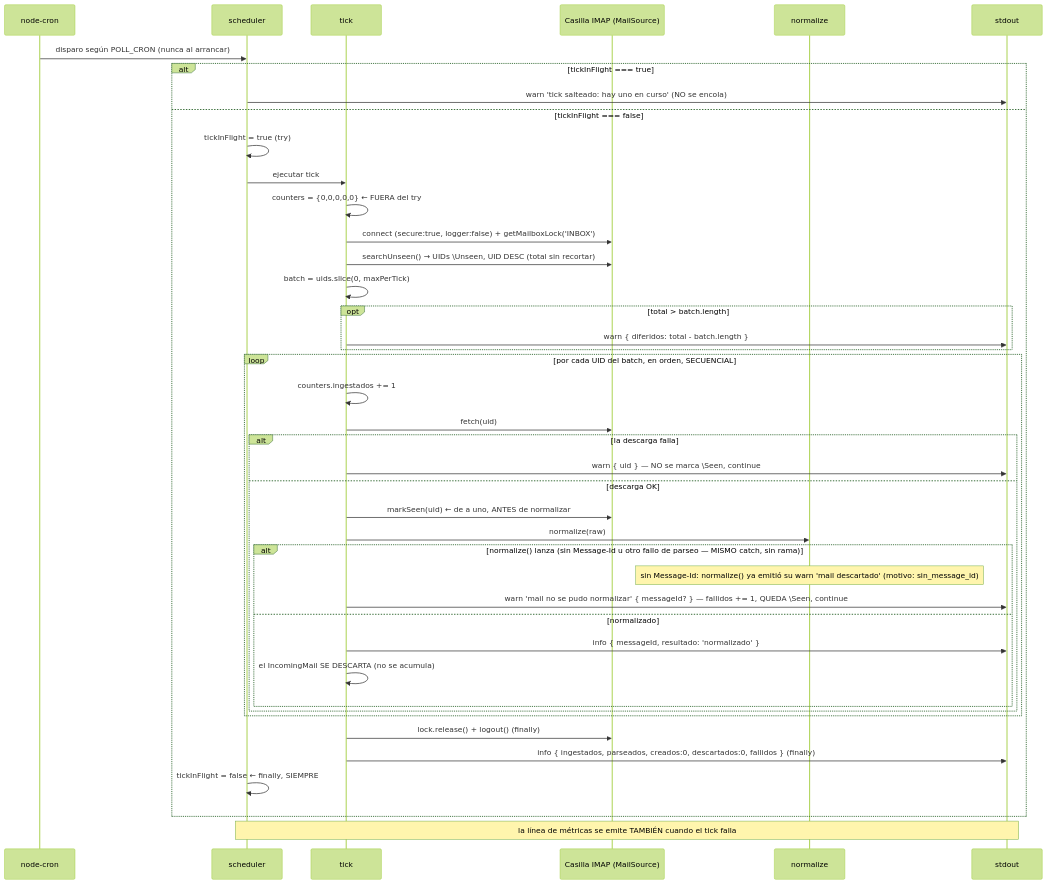
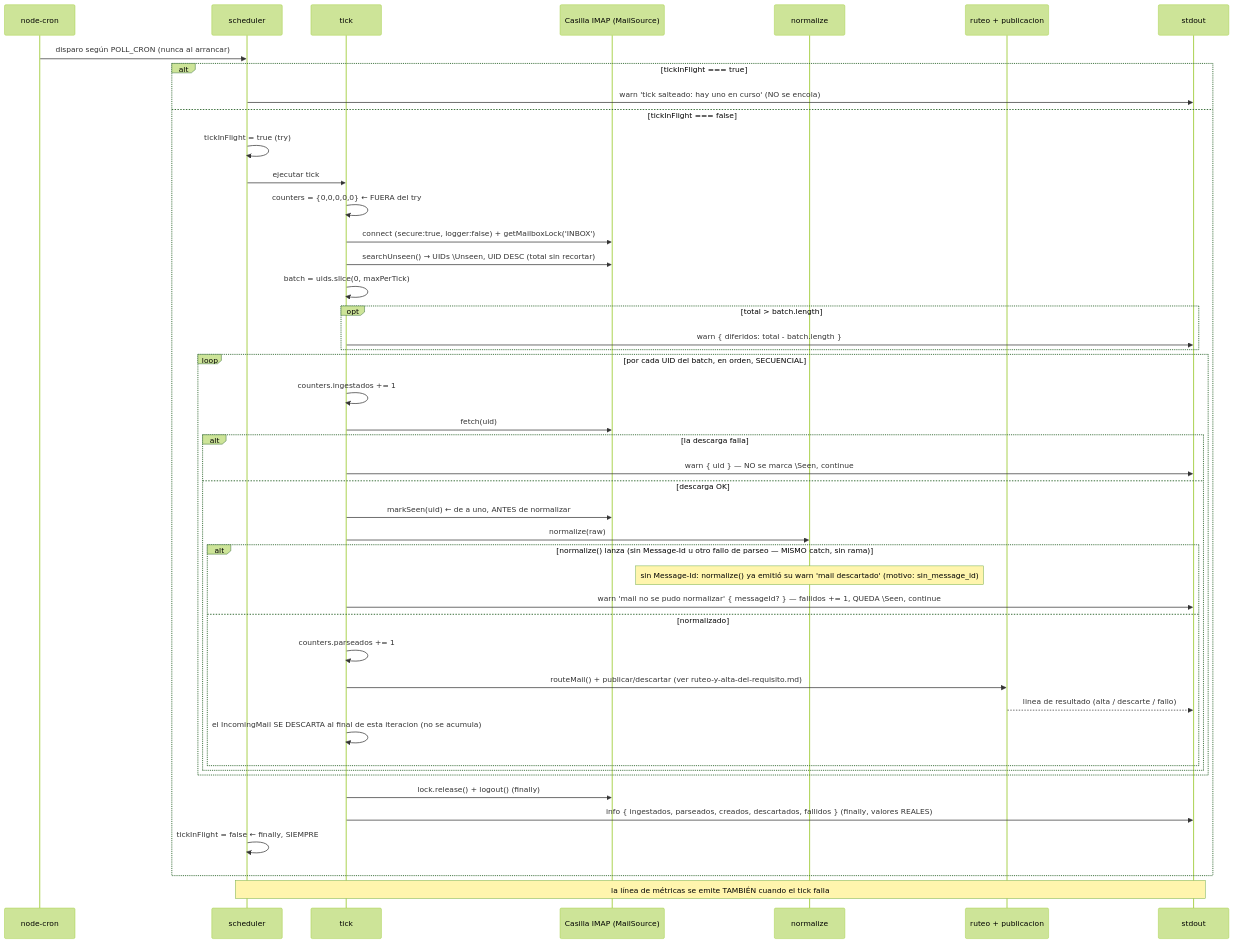
One commit to gravadigital/jiku-email-tickets changed the diagram in docs/flows/ingesta-y-normalizacion-del-mail.md. Above: the diagram before and after it, drawn with Mermaid (forest theme). The commit also changed other lines of this file and 13 other files, not shown here.

````diff
--- a/docs/flows/ingesta-y-normalizacion-del-mail.md
+++ b/docs/flows/ingesta-y-normalizacion-del-mail.md
@@ -50,45 +59,48 @@
 ```mermaid
 sequenceDiagram
     participant CRON as node-cron
     participant SCH as scheduler
     participant TICK as tick
     participant IMAP as Casilla IMAP (MailSource)
     participant NORM as normalize
+    participant ROUTE as ruteo + publicacion
     participant LOG as stdout
 
     CRON->>SCH: disparo según POLL_CRON (nunca al arrancar)
     alt tickInFlight === true
         SCH->>LOG: warn 'tick salteado: hay uno en curso' (NO se encola)
     else tickInFlight === false
         SCH->>SCH: tickInFlight = true (try)
         SCH->>TICK: ejecutar tick
         TICK->>TICK: counters = {0,0,0,0,0}  ← FUERA del try
         TICK->>IMAP: connect (secure:true, logger:false) + getMailboxLock('INBOX')
         TICK->>IMAP: searchUnseen() → UIDs \Unseen, UID DESC (total sin recortar)
         TICK->>TICK: batch = uids.slice(0, maxPerTick)
         opt total > batch.length
             TICK->>LOG: warn { diferidos: total - batch.length }
         end
         loop por cada UID del batch, en orden, SECUENCIAL
             TICK->>TICK: counters.ingestados += 1
             TICK->>IMAP: fetch(uid)
             alt la descarga falla
                 TICK->>LOG: warn { uid } — NO se marca \Seen, continue
             else descarga OK
                 TICK->>IMAP: markSeen(uid)  ← de a uno, ANTES de normalizar
                 TICK->>NORM: normalize(raw)
                 alt normalize() lanza (sin Message-Id u otro fallo de parseo — MISMO catch, sin rama)
                     Note over NORM: sin Message-Id: normalize() ya emitió su warn 'mail descartado' (motivo: sin_message_id)
                     TICK->>LOG: warn 'mail no se pudo normalizar' { messageId? } — fallidos += 1, QUEDA \Seen, continue
                 else normalizado
-                    TICK->>LOG: info { messageId, resultado: 'normalizado' }
-                    TICK->>TICK: el IncomingMail SE DESCARTA (no se acumula)
+                    TICK->>TICK: counters.parseados += 1
+                    TICK->>ROUTE: routeMail() + publicar/descartar (ver ruteo-y-alta-del-requisito.md)
+                    ROUTE-->>LOG: linea de resultado (alta / descarte / fallo)
+                    TICK->>TICK: el IncomingMail SE DESCARTA al final de esta iteracion (no se acumula)
                 end
             end
         end
         TICK->>IMAP: lock.release() + logout()  (finally)
-        TICK->>LOG: info { ingestados, parseados, creados:0, descartados:0, fallidos }  (finally)
+        TICK->>LOG: info { ingestados, parseados, creados, descartados, fallidos }  (finally, valores REALES)
         SCH->>SCH: tickInFlight = false  ← finally, SIEMPRE
     end
     Note over SCH,LOG: la línea de métricas se emite TAMBIÉN cuando el tick falla
 ```
````
